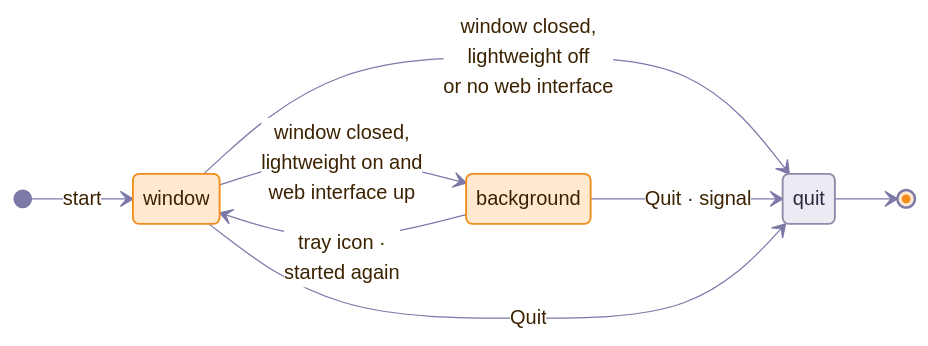
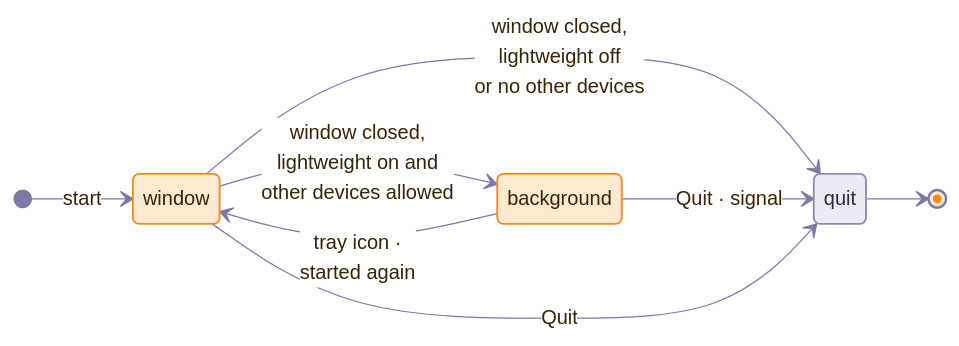
Before and after one commit to version-fox/vfox-plus: the fourth of 5 diagrams in docs/en/dev/architecture.md, drawn with Mermaid. The commit also changed other lines of this file and 336 other files, not shown here.

First line of the commit message:
Move the phone app to mygo; serve the web interface from the gateway only (#70)

````diff
--- a/docs/en/dev/architecture.md
+++ b/docs/en/dev/architecture.md
@@ -449,39 +440,39 @@
 ```mermaid
 ---
 config:
   theme: base
   themeVariables:
     fontFamily: "system-ui, -apple-system, 'Segoe UI', 'Noto Sans', 'Noto Sans CJK SC', 'PingFang SC', 'Microsoft YaHei', sans-serif"
     lineColor: "#7C79A8"
     primaryColor: "#FFE9D0"
     primaryBorderColor: "#F28C1B"
     primaryTextColor: "#3B2200"
     clusterBkg: "#F4F2FF"
     clusterBorder: "#B9B3F5"
     titleColor: "#1E1470"
     edgeLabelBackground: "#FFFFFF"
   flowchart:
     curve: basis
     wrappingWidth: 320
     subGraphTitleMargin:
       top: 10
       bottom: 8
 ---
 stateDiagram-v2
     accTitle: The window and the lightweight mode
-    accDescr: The application starts with its window. When the window is closed it quits, unless the lightweight mode is on and the web interface is up, in which case it keeps running without a window, releasing what the window held and putting an icon in the tray. Choosing Open in the menu of the icon, or starting the application again, opens the window again; quitting from the menu of the icon, from the settings, from a paired page or by a signal ends it.
+    accDescr: The application starts with its window. When the window is closed it quits, unless the lightweight mode is on and other devices may connect, in which case it keeps running without a window, releasing what the window held and putting an icon in the tray. Choosing Open in the menu of the icon, or starting the application again, opens the window again; quitting from the menu of the icon, from the settings, from a paired page or by a signal ends it.
     direction LR
     [*] --> window: start
-    window --> quit: window closed,<br/>lightweight off<br/>or no web interface
-    window --> background: window closed,<br/>lightweight on and<br/>web interface up
+    window --> quit: window closed,<br/>lightweight off<br/>or no other devices
+    window --> background: window closed,<br/>lightweight on and<br/>other devices allowed
     background --> window: tray icon ·<br/>started again
     background --> quit: Quit · signal
     window --> quit: Quit
     quit --> [*]
 
     classDef busy fill:#FFE9D0,stroke:#F28C1B,color:#3B2200,stroke-width:1.5px
     classDef stop fill:#ECEBF3,stroke:#8E8BA8,color:#2B2840,stroke-width:1.5px
     class window busy
     class background busy
     class quit stop
 ```
````
